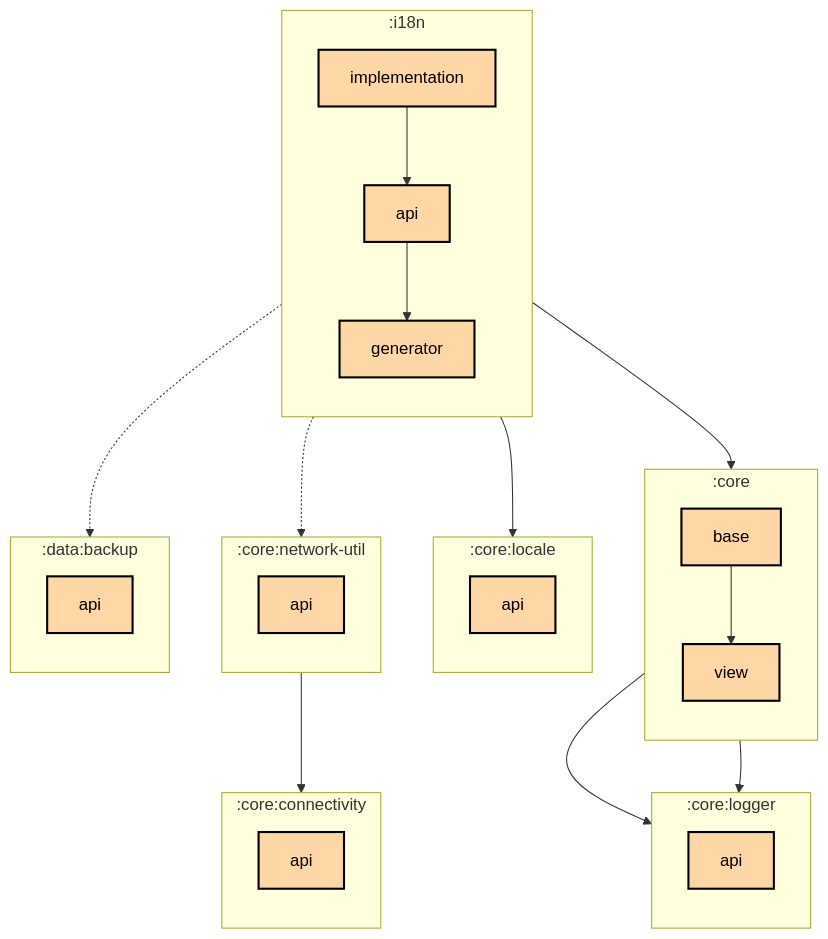
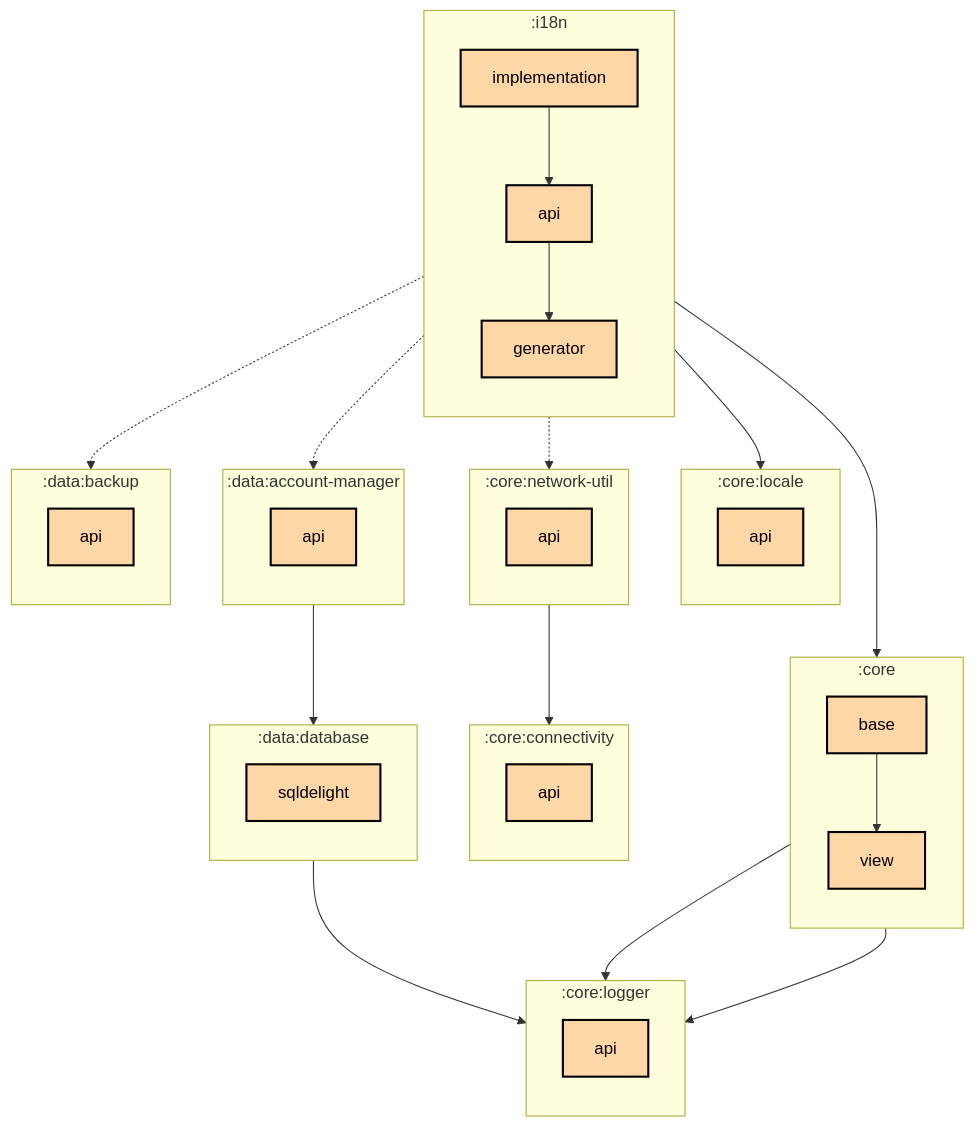
Before and after one commit to thomaskioko/tv-maniac: the first of 2 diagrams in i18n/implementation/README.md, drawn with Mermaid. The commit also changed 7 other files, not shown here.

Commit message:
Update graph dependencies

````diff
--- a/i18n/implementation/README.md
+++ b/i18n/implementation/README.md
@@ -6,51 +6,62 @@
 ```mermaid
 graph TB
   subgraph :core
     direction TB
     :core:base[base]:::multiplatform
     :core:view[view]:::multiplatform
   end
   subgraph :core:connectivity
     direction TB
     :core:connectivity:api[api]:::multiplatform
   end
   subgraph :core:locale
     direction TB
     :core:locale:api[api]:::multiplatform
   end
   subgraph :core:logger
     direction TB
     :core:logger:api[api]:::multiplatform
   end
   subgraph :core:network-util
     direction TB
     :core:network-util:api[api]:::multiplatform
   end
+  subgraph :data:account-manager
+    direction TB
+    :data:account-manager:api[api]:::multiplatform
+  end
   subgraph :data:backup
     direction TB
     :data:backup:api[api]:::multiplatform
+  end
+  subgraph :data:database
+    direction TB
+    :data:database:sqldelight[sqldelight]:::multiplatform
   end
   subgraph :i18n
     direction TB
     :i18n:api[api]:::multiplatform
     :i18n:generator[generator]:::multiplatform
     :i18n:implementation[implementation]:::multiplatform
   end
 
   :core:base --> :core:logger:api
   :core:base --> :core:view
   :core:network-util:api --> :core:connectivity:api
   :core:view --> :core:logger:api
+  :data:account-manager:api --> :data:database:sqldelight
+  :data:database:sqldelight --> :core:logger:api
   :i18n:api --> :i18n:generator
   :i18n:implementation --> :core:base
   :i18n:implementation --> :core:locale:api
   :i18n:implementation -.-> :core:network-util:api
+  :i18n:implementation -.-> :data:account-manager:api
   :i18n:implementation -.-> :data:backup:api
   :i18n:implementation --> :i18n:api
 
 classDef application fill:#CAFFBF,stroke:#000,stroke-width:2px,color:#000;
 classDef multiplatform fill:#FFD6A5,stroke:#000,stroke-width:2px,color:#000;
 classDef android-library fill:#9BF6FF,stroke:#000,stroke-width:2px,color:#000;
 classDef jvm-library fill:#BDB2FF,stroke:#000,stroke-width:2px,color:#000;
 classDef unknown fill:#FFADAD,stroke:#000,stroke-width:2px,color:#000;
 ```
````
